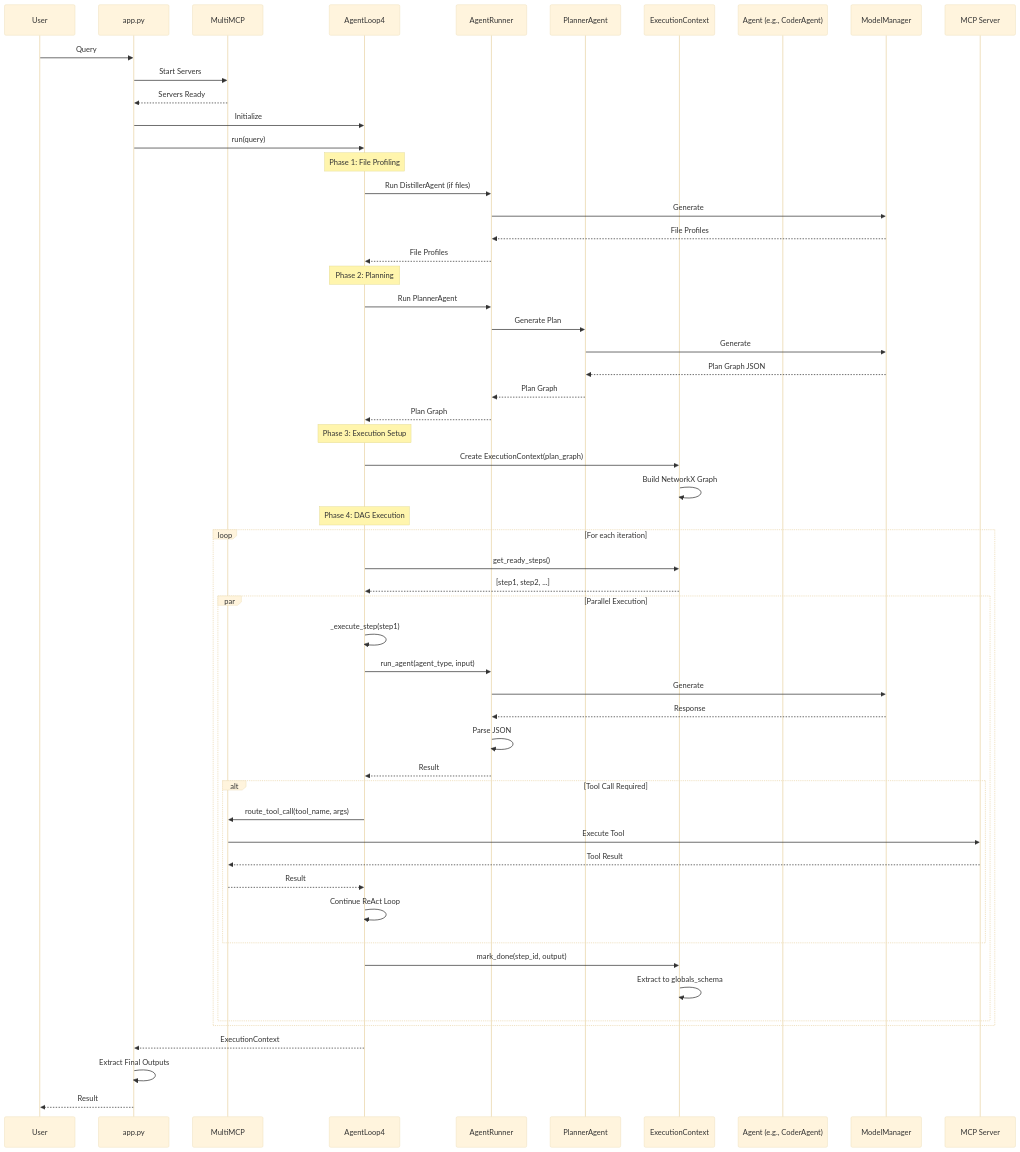
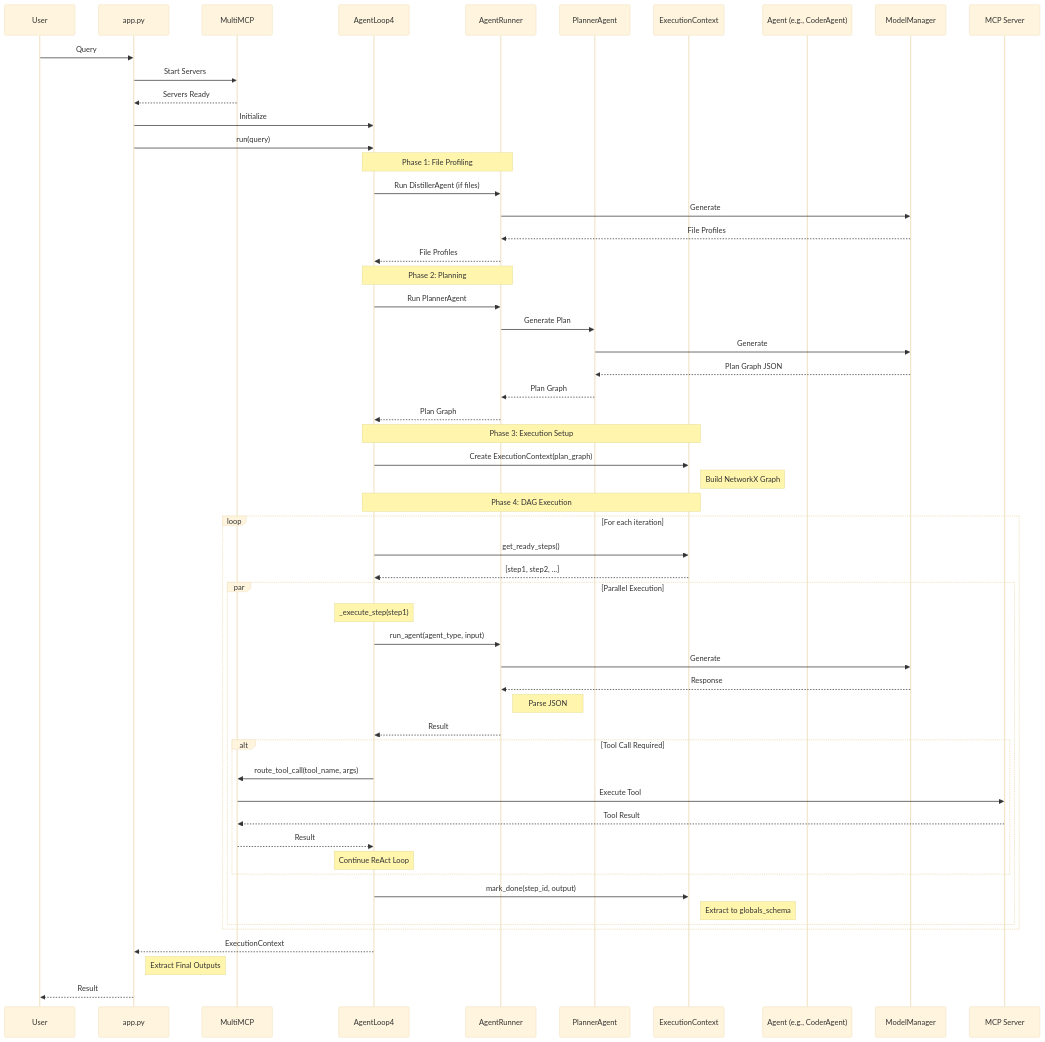
The fifth of 10 diagrams in 16_NetworkX/architecture.md (giteshgrover/agents2-s15-networkx-multiagent), drawn with Mermaid (base theme) before and after one commit. The commit also changed other lines of this file, not shown here.

Commit message:
Enhanced architecture documentation by adding notes to clarify execution phases and processes in the sequence diagrams.

````diff
--- a/16_NetworkX/architecture.md
+++ b/16_NetworkX/architecture.md
@@ -322,67 +322,67 @@
 ```mermaid
 sequenceDiagram
     participant U as User
     participant A as app.py
     participant M as MultiMCP
     participant L as AgentLoop4
     participant R as AgentRunner
     participant P as PlannerAgent
     participant C as ExecutionContext
     participant AG as Agent (e.g., CoderAgent)
     participant MM as ModelManager
     participant MC as MCP Server
     
     U->>A: Query
     A->>M: Start Servers
     M-->>A: Servers Ready
     A->>L: Initialize
     A->>L: run(query)
     
-    Note over L: Phase 1: File Profiling
+    Note over L,R: Phase 1: File Profiling
     L->>R: Run DistillerAgent (if files)
     R->>MM: Generate
     MM-->>R: File Profiles
     R-->>L: File Profiles
     
-    Note over L: Phase 2: Planning
+    Note over L,R: Phase 2: Planning
     L->>R: Run PlannerAgent
     R->>P: Generate Plan
     P->>MM: Generate
     MM-->>P: Plan Graph JSON
     P-->>R: Plan Graph
     R-->>L: Plan Graph
     
-    Note over L: Phase 3: Execution Setup
+    Note over L,C: Phase 3: Execution Setup
     L->>C: Create ExecutionContext(plan_graph)
-    C->>C: Build NetworkX Graph
+    Note right of C: Build NetworkX Graph
     
-    Note over L: Phase 4: DAG Execution
+    Note over L,C: Phase 4: DAG Execution
     loop For each iteration
         L->>C: get_ready_steps()
         C-->>L: [step1, step2, ...]
         
         par Parallel Execution
-            L->>L: _execute_step(step1)
+            Note over L: _execute_step(step1)
             L->>R: run_agent(agent_type, input)
             R->>MM: Generate
             MM-->>R: Response
-            R->>R: Parse JSON
+            Note right of R: Parse JSON
             R-->>L: Result
             
             alt Tool Call Required
                 L->>M: route_tool_call(tool_name, args)
                 M->>MC: Execute Tool
                 MC-->>M: Tool Result
                 M-->>L: Result
-                L->>L: Continue ReAct Loop
+                Note over L: Continue ReAct Loop
             end
             
             L->>C: mark_done(step_id, output)
-            C->>C: Extract to globals_schema
+            Note right of C: Extract to globals_schema
         end
     end
     
     L-->>A: ExecutionContext
-    A->>A: Extract Final Outputs
+    Note right of A: Extract Final Outputs
     A-->>U: Result
 ```
````
